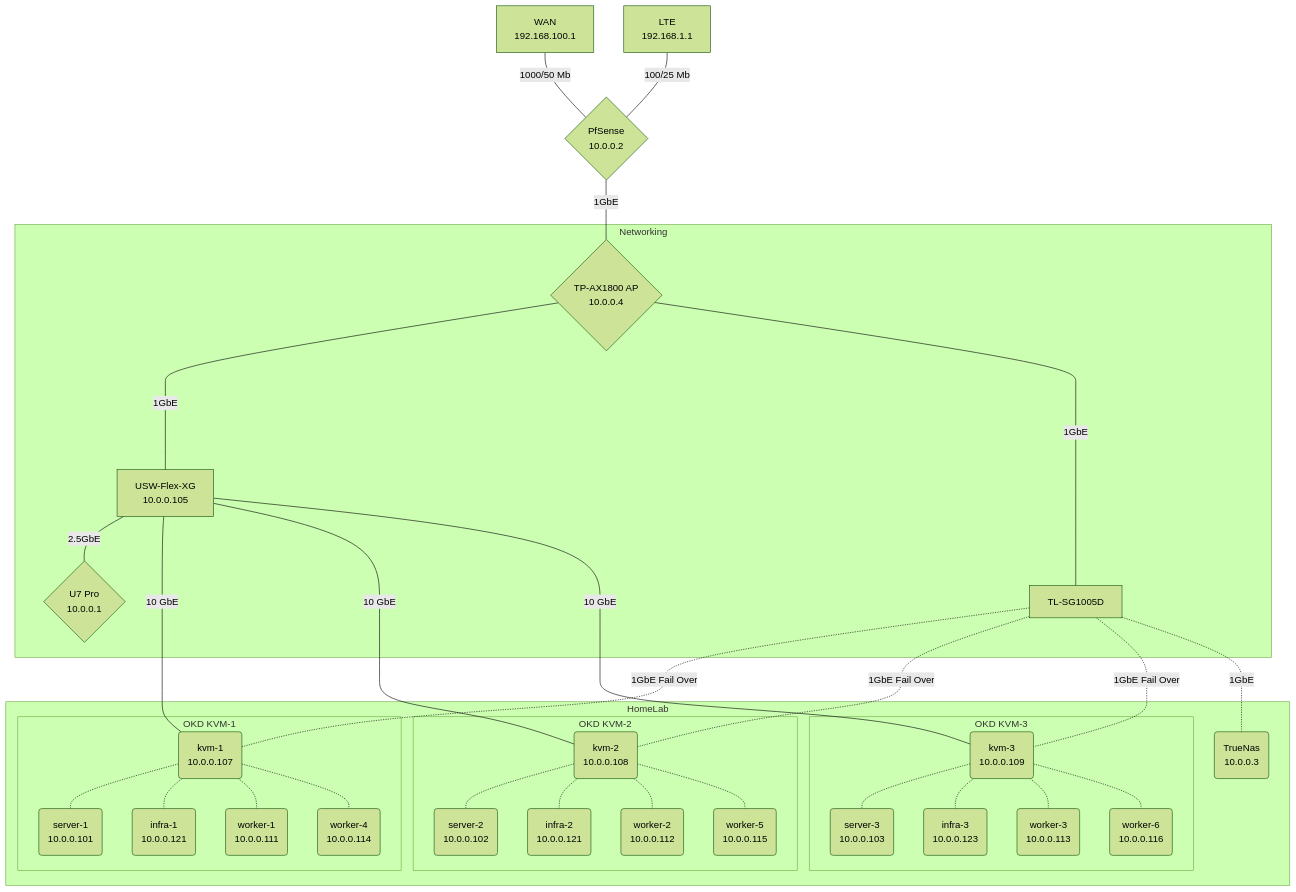
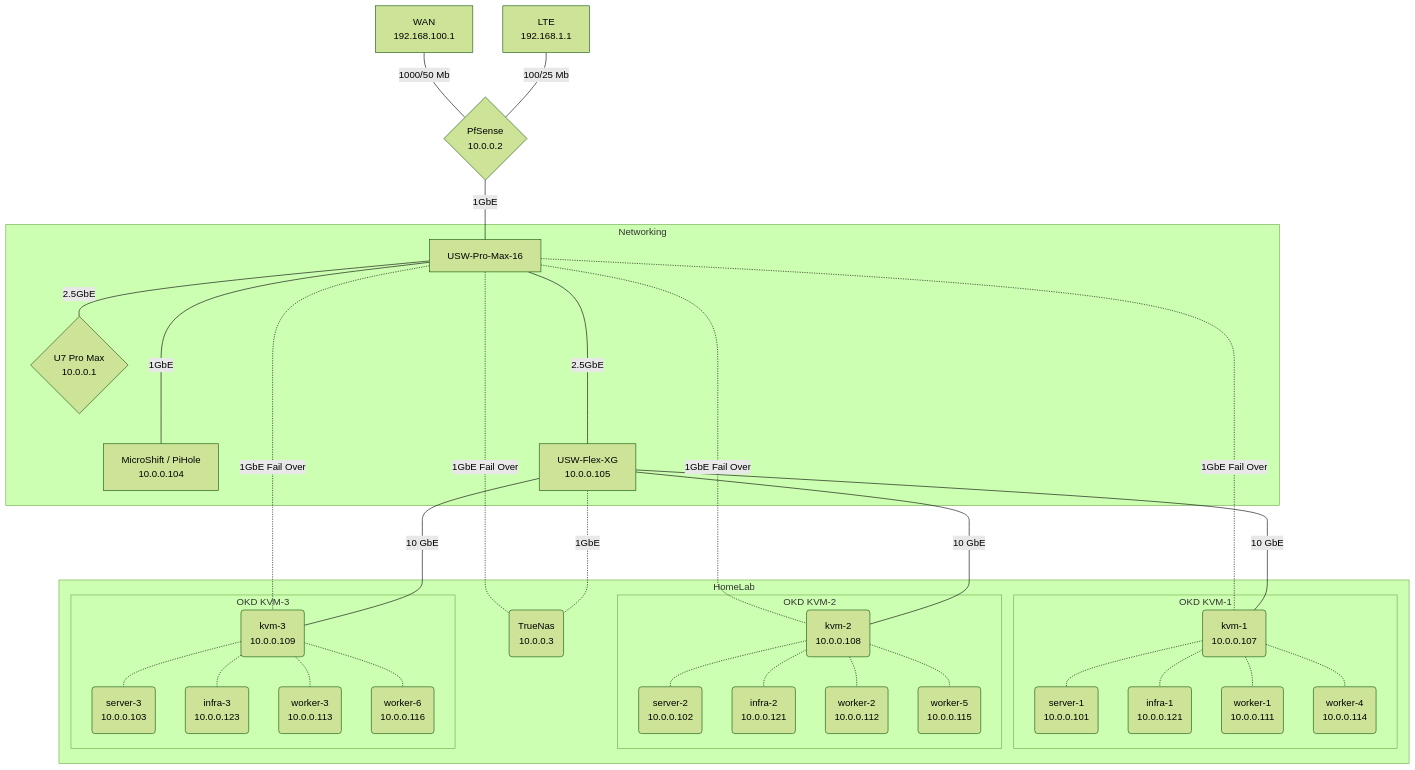
One commit to ArthurVardevanyan/HomeLab changed the diagram in README.md. Above: the diagram before and after it, drawn with Mermaid (forest theme). The commit also changed 1 other file, not shown here.

Commit message:
feat(Network Switch): New Switch

````diff
--- a/README.md
+++ b/README.md
@@ -98,44 +98,45 @@
 ```mermaid
 graph TD
  linkStyle default interpolate basis
 
 wan1[<center>WAN<br>192.168.100.1</center>]---|1000/50 Mb|router{<center>PfSense<br>10.0.0.2</center>}
 wan2[<center>LTE<br>192.168.1.1</center>]---|100/25 Mb|router
-router---|1GbE|ap1{<center>TP-AX1800 AP<br>10.0.0.4</center>}
+router---|1GbE|switch1[<center>USW-Pro-Max-16</center>]
+subgraph Networking
+    switch1---|2.5GbE|ap2{<center>U7 Pro Max<br>10.0.0.1</center>}
+    switch1----|1GbE|microshift[<center>MicroShift / PiHole<br>10.0.0.104</center>]
+    switch1----|2.5GbE|switch10[<center>USW-Flex-XG<br>10.0.0.105</center>]
 
-subgraph Networking
-    switch10---|2.5GbE|ap2{<center>U7 Pro<br>10.0.0.1</center>}
-    ap1-----|1GbE|switch10[<center>USW-Flex-XG<br>10.0.0.105</center>]
-    ap1----|1GbE|switch1[<center>TL-SG1005D</center>]
 end
 
 subgraph HomeLab
     switch1-.-|1GbE Fail Over|kvm-1(<center>kvm-1<br>10.0.0.107</center>)
     switch1-.-|1GbE Fail Over|kvm-2(<center>kvm-2<br>10.0.0.108</center>)
     switch1-.-|1GbE Fail Over|kvm-3(<center>kvm-3<br>10.0.0.109</center>)
-    switch1-.-|1GbE|truenas(<center>TrueNas<br>10.0.0.3</center>)
+    switch1-.-|1GbE Fail Over|truenas(<center>TrueNas<br>10.0.0.3</center>)
+    switch10-.-|1GbE|truenas(<center>TrueNas<br>10.0.0.3</center>)
 
 
     switch10----|10 GbE|kvm-1(<center>kvm-1<br>10.0.0.107</center>)
     switch10----|10 GbE|kvm-2(<center>kvm-2<br>10.0.0.108</center>)
     switch10----|10 GbE|kvm-3(<center>kvm-3<br>10.0.0.109</center>)
     subgraph OKD KVM-1
         kvm-1-.-server-1(<center>server-1<br>10.0.0.101</center>)
         kvm-1-.-infra-1(<center>infra-1<br>10.0.0.121</center>)
         kvm-1-.-worker-1(<center>worker-1<br>10.0.0.111</center>)
         kvm-1-.-worker-4(<center>worker-4<br>10.0.0.114</center>)
     end
     subgraph OKD KVM-2
         kvm-2-.-server-2(<center>server-2<br>10.0.0.102</center>)
         kvm-2-.-infra-2(<center>infra-2<br>10.0.0.121</center>)
         kvm-2-.-worker-2(<center>worker-2<br>10.0.0.112</center>)
         kvm-2-.-worker-5(<center>worker-5<br>10.0.0.115</center>)
     end
     subgraph OKD KVM-3
         kvm-3-.-server-3(<center>server-3<br>10.0.0.103</center>)
         kvm-3-.-infra-3(<center>infra-3<br>10.0.0.123</center>)
         kvm-3-.-worker-3(<center>worker-3<br>10.0.0.113</center>)
         kvm-3-.-worker-6(<center>worker-6<br>10.0.0.116</center>)
     end
 end
 ```
````
